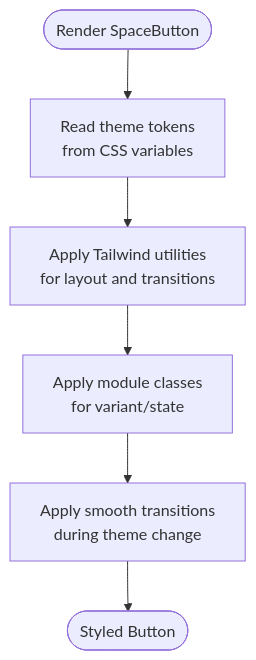
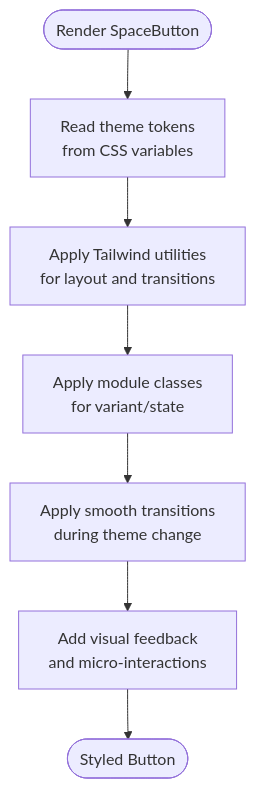
One commit to HassanAmeer/cheaprouter changed the fourth of 10 diagrams in .qoder/repowiki/en/content/Frontend Architecture/Styling System.md. Above: the diagram before and after it, drawn with Mermaid. The commit also changed other lines of this file and 10 other files, not shown here.

````diff
--- a/.qoder/repowiki/en/content/Frontend Architecture/Styling System.md
+++ b/.qoder/repowiki/en/content/Frontend Architecture/Styling System.md
@@ -259,8 +262,9 @@
 ```mermaid
 flowchart TD
 Start(["Render SpaceButton"]) --> ReadTokens["Read theme tokens<br/>from CSS variables"]
 ReadTokens --> ApplyUtilities["Apply Tailwind utilities<br/>for layout and transitions"]
 ApplyUtilities --> ApplyModule["Apply module classes<br/>for variant/state"]
 ApplyModule --> Transition["Apply smooth transitions<br/>during theme change"]
-Transition --> End(["Styled Button"])
+Transition --> VisualFeedback["Add visual feedback<br/>and micro-interactions"]
+VisualFeedback --> End(["Styled Button"])
 ```
````
